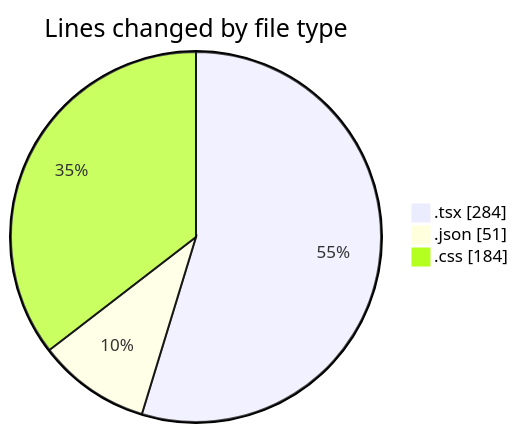
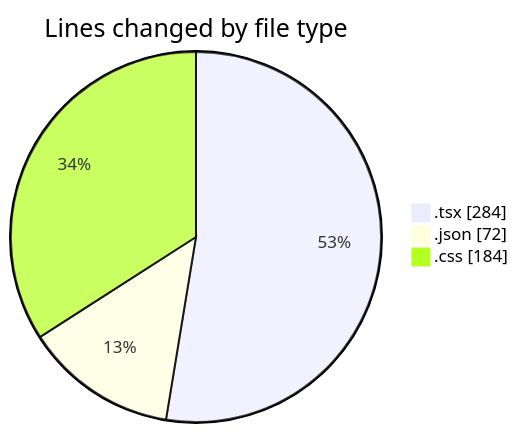
One commit to EIIisD/code-tracking changed the first of 2 diagrams in 2025-08-05/tw-server/README.md. Above: the diagram before and after it, drawn with Mermaid. The commit also changed other lines of this file and 1 other file, not shown here.

````diff
--- a/2025-08-05/tw-server/README.md
+++ b/2025-08-05/tw-server/README.md
@@ -28,7 +28,7 @@
 ```mermaid
 pie showData
 title Lines changed by file type
 ".tsx" : 284
-".json" : 51
+".json" : 72
 ".css" : 184
 ```
````
